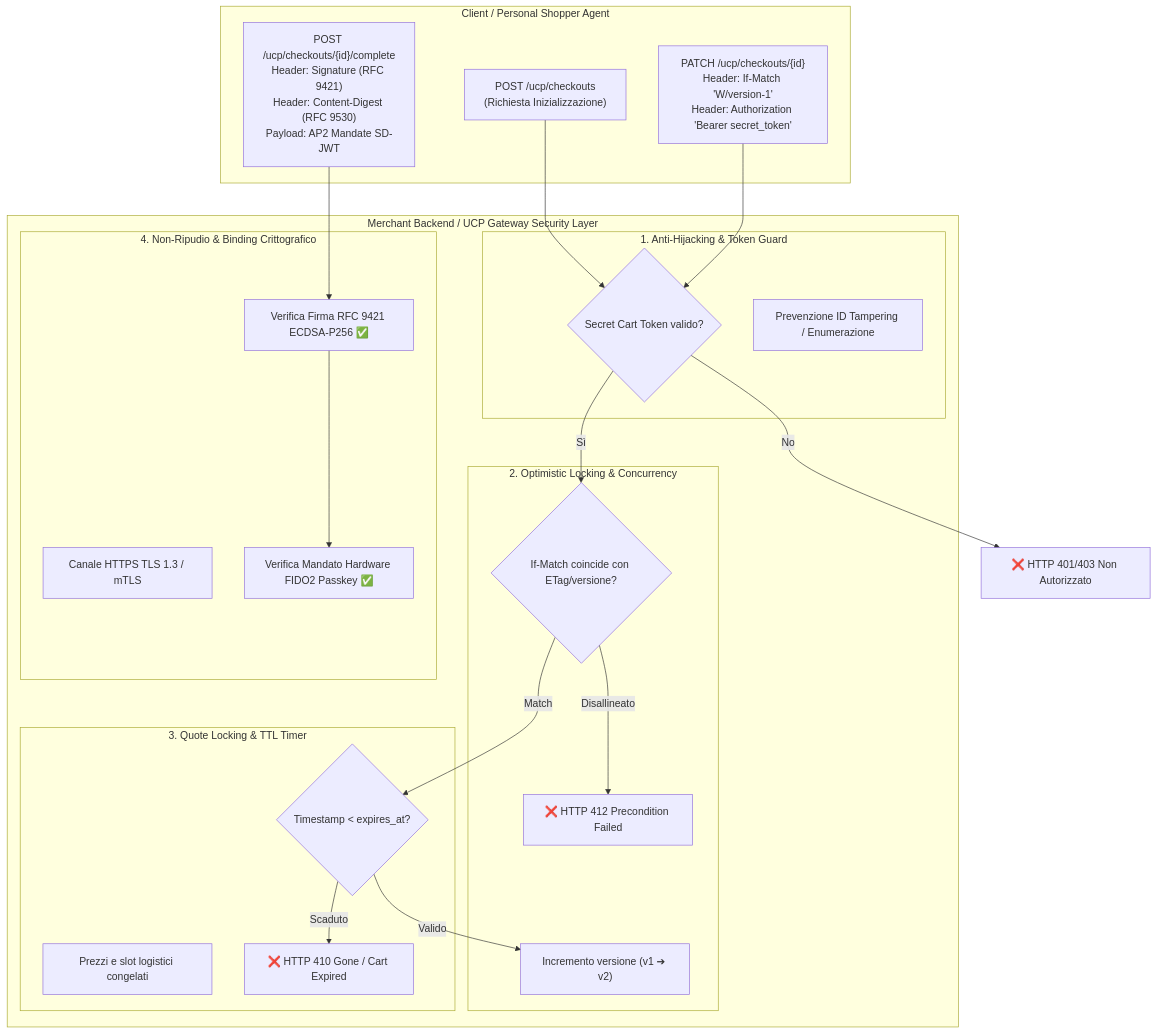
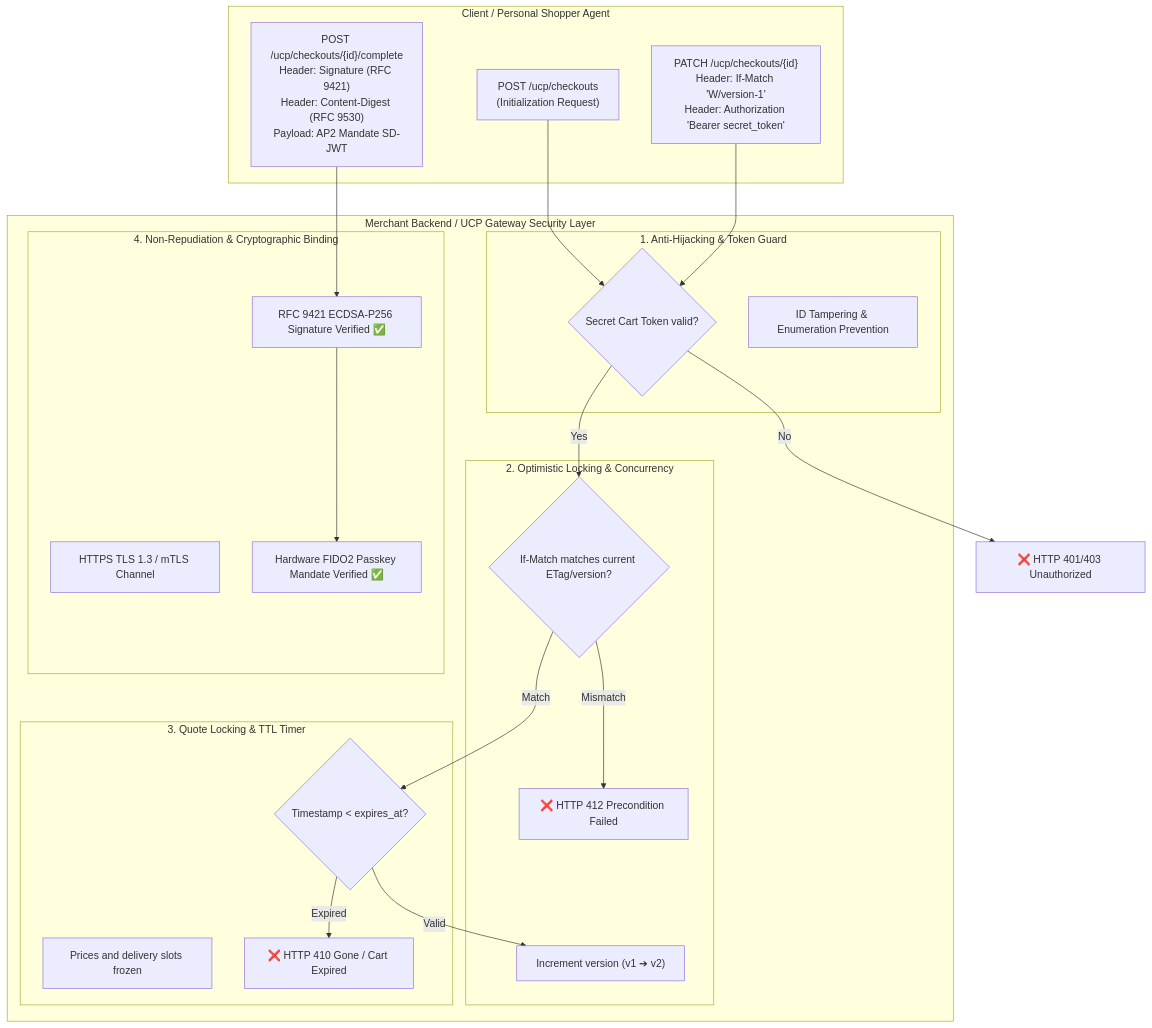
Before and after one commit to andrea-alberto/agentic-commerce-demo: the sixth of 6 diagrams in docs/architecture.md, drawn with Mermaid. The commit also changed other lines of this file and 14 other files, not shown here.

````diff
--- a/docs/architecture.md
+++ b/docs/architecture.md
@@ -342,47 +342,47 @@
 ```mermaid
 flowchart TD
     subgraph ClientAgent ["Client / Personal Shopper Agent"]
-        CreateReq["POST /ucp/checkouts<br/>(Richiesta Inizializzazione)"]
+        CreateReq["POST /ucp/checkouts<br/>(Initialization Request)"]
         MutateReq["PATCH /ucp/checkouts/{id}<br/>Header: If-Match 'W/version-1'<br/>Header: Authorization 'Bearer secret_token'"]
         CompleteReq["POST /ucp/checkouts/{id}/complete<br/>Header: Signature (RFC 9421)<br/>Header: Content-Digest (RFC 9530)<br/>Payload: AP2 Mandate SD-JWT"]
     end
 
     subgraph MerchantSecurityLayer ["Merchant Backend / UCP Gateway Security Layer"]
         subgraph AntiHijacking ["1. Anti-Hijacking & Token Guard"]
-            DualTokenCheck{"Secret Cart Token valido?"}
-            IdEnumerationShield["Prevenzione ID Tampering / Enumerazione"]
+            DualTokenCheck{"Secret Cart Token valid?"}
+            IdEnumerationShield["ID Tampering & Enumeration Prevention"]
         end
 
         subgraph ConcurrencyLock ["2. Optimistic Locking & Concurrency"]
-            ETagCheck{"If-Match coincide con ETag/versione?"}
-            VersionIncrement["Incremento versione (v1 ➔ v2)"]
+            ETagCheck{"If-Match matches current ETag/version?"}
+            VersionIncrement["Increment version (v1 ➔ v2)"]
             Reject412["❌ HTTP 412 Precondition Failed"]
         end
 
         subgraph QuoteGuard ["3. Quote Locking & TTL Timer"]
             TTLCheck{"Timestamp < expires_at?"}
-            PriceInventoryLock["Prezzi e slot logistici congelati"]
+            PriceInventoryLock["Prices and delivery slots frozen"]
             RejectExpired["❌ HTTP 410 Gone / Cart Expired"]
         end
 
-        subgraph CryptoTransport ["4. Non-Ripudio & Binding Crittografico"]
-            TlsLayer["Canale HTTPS TLS 1.3 / mTLS"]
-            Rfc9421Verifier["Verifica Firma RFC 9421 ECDSA-P256 ✅"]
-            Ap2Verifier["Verifica Mandato Hardware FIDO2 Passkey ✅"]
+        subgraph CryptoTransport ["4. Non-Repudiation & Cryptographic Binding"]
+            TlsLayer["HTTPS TLS 1.3 / mTLS Channel"]
+            Rfc9421Verifier["RFC 9421 ECDSA-P256 Signature Verified ✅"]
+            Ap2Verifier["Hardware FIDO2 Passkey Mandate Verified ✅"]
         end
     end
 
     CreateReq --> DualTokenCheck
     MutateReq --> DualTokenCheck
-    DualTokenCheck -- "Sì" --> ETagCheck
-    DualTokenCheck -- "No" --> Reject401["❌ HTTP 401/403 Non Autorizzato"]
+    DualTokenCheck -- "Yes" --> ETagCheck
+    DualTokenCheck -- "No" --> Reject401["❌ HTTP 401/403 Unauthorized"]
 
     ETagCheck -- "Match" --> TTLCheck
-    ETagCheck -- "Disallineato" --> Reject412
+    ETagCheck -- "Mismatch" --> Reject412
 
-    TTLCheck -- "Valido" --> VersionIncrement
-    TTLCheck -- "Scaduto" --> RejectExpired
+    TTLCheck -- "Valid" --> VersionIncrement
+    TTLCheck -- "Expired" --> RejectExpired
 
     CompleteReq --> Rfc9421Verifier
     Rfc9421Verifier --> Ap2Verifier
 ```
````
